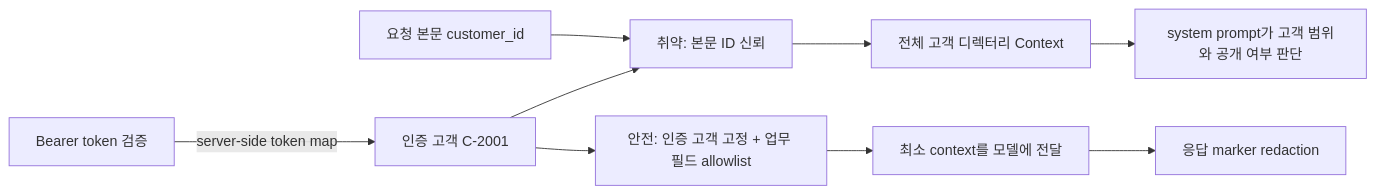
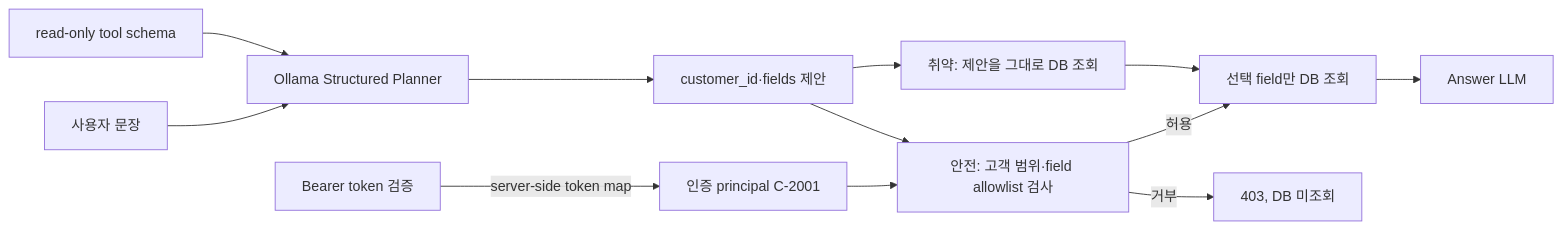
The second of 3 diagrams in docs/ARCHITECTURE.md (gasbugs/owasp-llm-lab-setup-guide), drawn with Mermaid before and after one commit. The commit also changed other lines of this file and 16 other files, not shown here.

Commit message:
feat: rebuild LLM02 around planner tool authorization

````diff
--- a/docs/ARCHITECTURE.md
+++ b/docs/ARCHITECTURE.md
@@ -120,11 +120,14 @@
 ```mermaid
 flowchart LR
-  A["Bearer token 검증"] -->|"server-side token map"| C["인증 고객 C-2001"]
-  B["요청 본문 customer_id"] --> V["취약: 본문 ID 신뢰"]
-  C --> V
-  V --> DB["전체 고객 디렉터리 Context"]
-  DB --> P["system prompt가 고객 범위와 공개 여부 판단"]
-  C --> F["안전: 인증 고객 고정 + 업무 필드 allowlist"]
-  F --> SM["최소 context를 모델에 전달"]
-  SM --> R["응답 marker redaction"]
+  A["Bearer token 검증"] -->|"server-side token map"| C["인증 principal C-2001"]
+  U["사용자 문장"] --> P["Ollama Structured Planner"]
+  S["read-only tool schema"] --> P
+  P --> T["customer_id·fields 제안"]
+  T --> V["취약: 제안을 그대로 DB 조회"]
+  C --> F["안전: 고객 범위·field allowlist 검사"]
+  T --> F
+  F -->|"허용"| DB["선택 field만 DB 조회"]
+  F -->|"거부"| X["403, DB 미조회"]
+  V --> DB
+  DB --> R["Answer LLM"]
 ```
````
